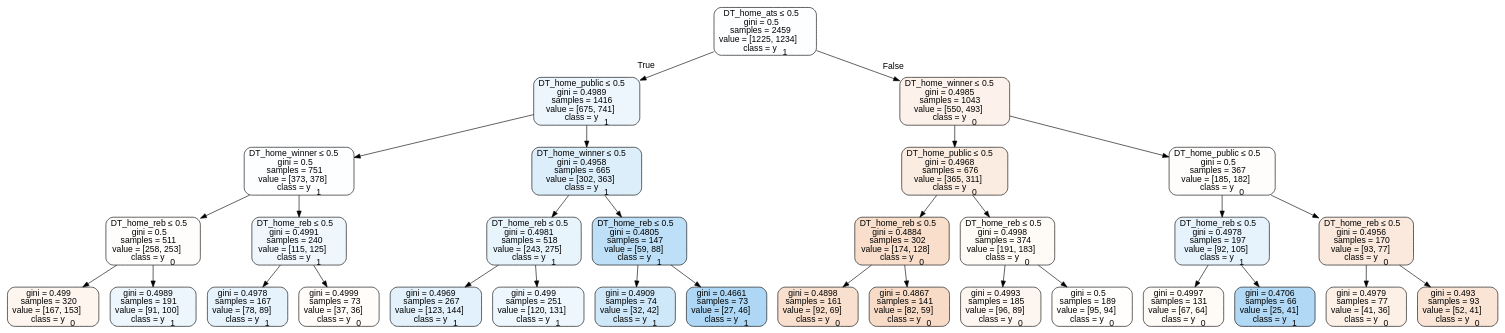
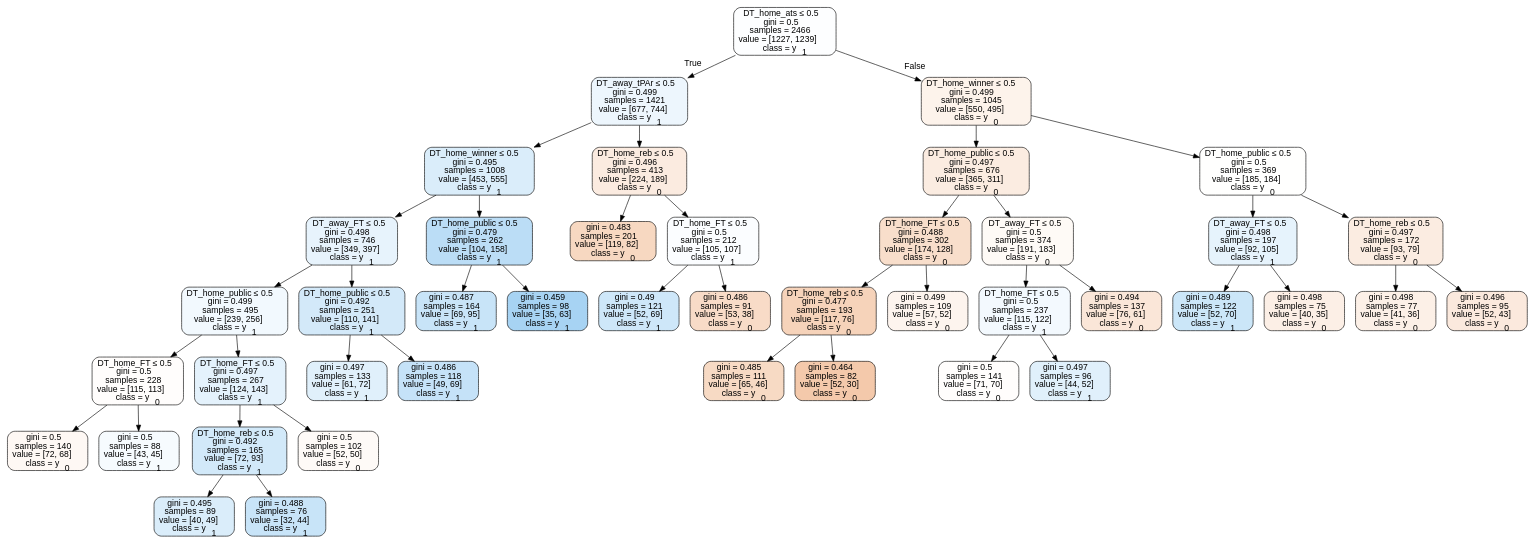
One commit to usbogie/ncaa-bets changed the diagram in Basketball/data/trees/tree2017neutral.dot. Above: the diagram before and after it, drawn with Graphviz. The commit also changed 35 other files, not shown here.

```diff
--- a/Basketball/data/trees/tree2017neutral.dot
+++ b/Basketball/data/trees/tree2017neutral.dot
@@ -1,65 +1,89 @@
 digraph Tree {
 node [shape=box, style="filled, rounded", color="black", fontname=helvetica] ;
 edge [fontname=helvetica] ;
-0 [label=<DT_home_ats &le; 0.5<br/>gini = 0.5<br/>samples = 2459<br/>value = [1225, 1234]<br/>class = y<SUB>1</SUB>>, fillcolor="#399de502"] ;
-1 [label=<DT_home_public &le; 0.5<br/>gini = 0.4989<br/>samples = 1416<br/>value = [675, 741]<br/>class = y<SUB>1</SUB>>, fillcolor="#399de517"] ;
+0 [label=<DT_home_ats &le; 0.5<br/>gini = 0.5<br/>samples = 2466<br/>value = [1227, 1239]<br/>class = y<SUB>1</SUB>>, fillcolor="#399de502"] ;
+1 [label=<DT_away_tPAr &le; 0.5<br/>gini = 0.499<br/>samples = 1421<br/>value = [677, 744]<br/>class = y<SUB>1</SUB>>, fillcolor="#399de517"] ;
 0 -> 1 [labeldistance=2.5, labelangle=45, headlabel="True"] ;
-2 [label=<DT_home_winner &le; 0.5<br/>gini = 0.5<br/>samples = 751<br/>value = [373, 378]<br/>class = y<SUB>1</SUB>>, fillcolor="#399de503"] ;
+2 [label=<DT_home_winner &le; 0.5<br/>gini = 0.495<br/>samples = 1008<br/>value = [453, 555]<br/>class = y<SUB>1</SUB>>, fillcolor="#399de52f"] ;
 1 -> 2 ;
-3 [label=<DT_home_reb &le; 0.5<br/>gini = 0.5<br/>samples = 511<br/>value = [258, 253]<br/>class = y<SUB>0</SUB>>, fillcolor="#e5813905"] ;
+3 [label=<DT_away_FT &le; 0.5<br/>gini = 0.498<br/>samples = 746<br/>value = [349, 397]<br/>class = y<SUB>1</SUB>>, fillcolor="#399de51f"] ;
 2 -> 3 ;
-4 [label=<gini = 0.499<br/>samples = 320<br/>value = [167, 153]<br/>class = y<SUB>0</SUB>>, fillcolor="#e5813915"] ;
+4 [label=<DT_home_public &le; 0.5<br/>gini = 0.499<br/>samples = 495<br/>value = [239, 256]<br/>class = y<SUB>1</SUB>>, fillcolor="#399de511"] ;
 3 -> 4 ;
-5 [label=<gini = 0.4989<br/>samples = 191<br/>value = [91, 100]<br/>class = y<SUB>1</SUB>>, fillcolor="#399de517"] ;
-3 -> 5 ;
-6 [label=<DT_home_reb &le; 0.5<br/>gini = 0.4991<br/>samples = 240<br/>value = [115, 125]<br/>class = y<SUB>1</SUB>>, fillcolor="#399de514"] ;
-2 -> 6 ;
-7 [label=<gini = 0.4978<br/>samples = 167<br/>value = [78, 89]<br/>class = y<SUB>1</SUB>>, fillcolor="#399de520"] ;
-6 -> 7 ;
-8 [label=<gini = 0.4999<br/>samples = 73<br/>value = [37, 36]<br/>class = y<SUB>0</SUB>>, fillcolor="#e5813907"] ;
-6 -> 8 ;
-9 [label=<DT_home_winner &le; 0.5<br/>gini = 0.4958<br/>samples = 665<br/>value = [302, 363]<br/>class = y<SUB>1</SUB>>, fillcolor="#399de52b"] ;
-1 -> 9 ;
-10 [label=<DT_home_reb &le; 0.5<br/>gini = 0.4981<br/>samples = 518<br/>value = [243, 275]<br/>class = y<SUB>1</SUB>>, fillcolor="#399de51e"] ;
+5 [label=<DT_home_FT &le; 0.5<br/>gini = 0.5<br/>samples = 228<br/>value = [115, 113]<br/>class = y<SUB>0</SUB>>, fillcolor="#e5813904"] ;
+4 -> 5 ;
+6 [label=<gini = 0.5<br/>samples = 140<br/>value = [72, 68]<br/>class = y<SUB>0</SUB>>, fillcolor="#e581390e"] ;
+5 -> 6 ;
+7 [label=<gini = 0.5<br/>samples = 88<br/>value = [43, 45]<br/>class = y<SUB>1</SUB>>, fillcolor="#399de50b"] ;
+5 -> 7 ;
+8 [label=<DT_home_FT &le; 0.5<br/>gini = 0.497<br/>samples = 267<br/>value = [124, 143]<br/>class = y<SUB>1</SUB>>, fillcolor="#399de522"] ;
+4 -> 8 ;
+9 [label=<DT_home_reb &le; 0.5<br/>gini = 0.492<br/>samples = 165<br/>value = [72, 93]<br/>class = y<SUB>1</SUB>>, fillcolor="#399de53a"] ;
+8 -> 9 ;
+10 [label=<gini = 0.495<br/>samples = 89<br/>value = [40, 49]<br/>class = y<SUB>1</SUB>>, fillcolor="#399de52f"] ;
 9 -> 10 ;
-11 [label=<gini = 0.4969<br/>samples = 267<br/>value = [123, 144]<br/>class = y<SUB>1</SUB>>, fillcolor="#399de525"] ;
-10 -> 11 ;
-12 [label=<gini = 0.499<br/>samples = 251<br/>value = [120, 131]<br/>class = y<SUB>1</SUB>>, fillcolor="#399de515"] ;
-10 -> 12 ;
-13 [label=<DT_home_reb &le; 0.5<br/>gini = 0.4805<br/>samples = 147<br/>value = [59, 88]<br/>class = y<SUB>1</SUB>>, fillcolor="#399de554"] ;
-9 -> 13 ;
-14 [label=<gini = 0.4909<br/>samples = 74<br/>value = [32, 42]<br/>class = y<SUB>1</SUB>>, fillcolor="#399de53d"] ;
+11 [label=<gini = 0.488<br/>samples = 76<br/>value = [32, 44]<br/>class = y<SUB>1</SUB>>, fillcolor="#399de546"] ;
+9 -> 11 ;
+12 [label=<gini = 0.5<br/>samples = 102<br/>value = [52, 50]<br/>class = y<SUB>0</SUB>>, fillcolor="#e581390a"] ;
+8 -> 12 ;
+13 [label=<DT_home_public &le; 0.5<br/>gini = 0.492<br/>samples = 251<br/>value = [110, 141]<br/>class = y<SUB>1</SUB>>, fillcolor="#399de538"] ;
+3 -> 13 ;
+14 [label=<gini = 0.497<br/>samples = 133<br/>value = [61, 72]<br/>class = y<SUB>1</SUB>>, fillcolor="#399de527"] ;
 13 -> 14 ;
-15 [label=<gini = 0.4661<br/>samples = 73<br/>value = [27, 46]<br/>class = y<SUB>1</SUB>>, fillcolor="#399de569"] ;
+15 [label=<gini = 0.486<br/>samples = 118<br/>value = [49, 69]<br/>class = y<SUB>1</SUB>>, fillcolor="#399de54a"] ;
 13 -> 15 ;
-16 [label=<DT_home_winner &le; 0.5<br/>gini = 0.4985<br/>samples = 1043<br/>value = [550, 493]<br/>class = y<SUB>0</SUB>>, fillcolor="#e581391a"] ;
-0 -> 16 [labeldistance=2.5, labelangle=-45, headlabel="False"] ;
-17 [label=<DT_home_public &le; 0.5<br/>gini = 0.4968<br/>samples = 676<br/>value = [365, 311]<br/>class = y<SUB>0</SUB>>, fillcolor="#e5813926"] ;
+16 [label=<DT_home_public &le; 0.5<br/>gini = 0.479<br/>samples = 262<br/>value = [104, 158]<br/>class = y<SUB>1</SUB>>, fillcolor="#399de557"] ;
+2 -> 16 ;
+17 [label=<gini = 0.487<br/>samples = 164<br/>value = [69, 95]<br/>class = y<SUB>1</SUB>>, fillcolor="#399de546"] ;
 16 -> 17 ;
-18 [label=<DT_home_reb &le; 0.5<br/>gini = 0.4884<br/>samples = 302<br/>value = [174, 128]<br/>class = y<SUB>0</SUB>>, fillcolor="#e5813943"] ;
-17 -> 18 ;
-19 [label=<gini = 0.4898<br/>samples = 161<br/>value = [92, 69]<br/>class = y<SUB>0</SUB>>, fillcolor="#e5813940"] ;
-18 -> 19 ;
-20 [label=<gini = 0.4867<br/>samples = 141<br/>value = [82, 59]<br/>class = y<SUB>0</SUB>>, fillcolor="#e5813948"] ;
-18 -> 20 ;
-21 [label=<DT_home_reb &le; 0.5<br/>gini = 0.4998<br/>samples = 374<br/>value = [191, 183]<br/>class = y<SUB>0</SUB>>, fillcolor="#e581390b"] ;
-17 -> 21 ;
-22 [label=<gini = 0.4993<br/>samples = 185<br/>value = [96, 89]<br/>class = y<SUB>0</SUB>>, fillcolor="#e5813913"] ;
+18 [label=<gini = 0.459<br/>samples = 98<br/>value = [35, 63]<br/>class = y<SUB>1</SUB>>, fillcolor="#399de571"] ;
+16 -> 18 ;
+19 [label=<DT_home_reb &le; 0.5<br/>gini = 0.496<br/>samples = 413<br/>value = [224, 189]<br/>class = y<SUB>0</SUB>>, fillcolor="#e5813928"] ;
+1 -> 19 ;
+20 [label=<gini = 0.483<br/>samples = 201<br/>value = [119, 82]<br/>class = y<SUB>0</SUB>>, fillcolor="#e581394f"] ;
+19 -> 20 ;
+21 [label=<DT_home_FT &le; 0.5<br/>gini = 0.5<br/>samples = 212<br/>value = [105, 107]<br/>class = y<SUB>1</SUB>>, fillcolor="#399de505"] ;
+19 -> 21 ;
+22 [label=<gini = 0.49<br/>samples = 121<br/>value = [52, 69]<br/>class = y<SUB>1</SUB>>, fillcolor="#399de53f"] ;
 21 -> 22 ;
-23 [label=<gini = 0.5<br/>samples = 189<br/>value = [95, 94]<br/>class = y<SUB>0</SUB>>, fillcolor="#e5813903"] ;
+23 [label=<gini = 0.486<br/>samples = 91<br/>value = [53, 38]<br/>class = y<SUB>0</SUB>>, fillcolor="#e5813948"] ;
 21 -> 23 ;
-24 [label=<DT_home_public &le; 0.5<br/>gini = 0.5<br/>samples = 367<br/>value = [185, 182]<br/>class = y<SUB>0</SUB>>, fillcolor="#e5813904"] ;
-16 -> 24 ;
-25 [label=<DT_home_reb &le; 0.5<br/>gini = 0.4978<br/>samples = 197<br/>value = [92, 105]<br/>class = y<SUB>1</SUB>>, fillcolor="#399de520"] ;
+24 [label=<DT_home_winner &le; 0.5<br/>gini = 0.499<br/>samples = 1045<br/>value = [550, 495]<br/>class = y<SUB>0</SUB>>, fillcolor="#e5813919"] ;
+0 -> 24 [labeldistance=2.5, labelangle=-45, headlabel="False"] ;
+25 [label=<DT_home_public &le; 0.5<br/>gini = 0.497<br/>samples = 676<br/>value = [365, 311]<br/>class = y<SUB>0</SUB>>, fillcolor="#e5813926"] ;
 24 -> 25 ;
-26 [label=<gini = 0.4997<br/>samples = 131<br/>value = [67, 64]<br/>class = y<SUB>0</SUB>>, fillcolor="#e581390b"] ;
+26 [label=<DT_home_FT &le; 0.5<br/>gini = 0.488<br/>samples = 302<br/>value = [174, 128]<br/>class = y<SUB>0</SUB>>, fillcolor="#e5813943"] ;
 25 -> 26 ;
-27 [label=<gini = 0.4706<br/>samples = 66<br/>value = [25, 41]<br/>class = y<SUB>1</SUB>>, fillcolor="#399de564"] ;
-25 -> 27 ;
-28 [label=<DT_home_reb &le; 0.5<br/>gini = 0.4956<br/>samples = 170<br/>value = [93, 77]<br/>class = y<SUB>0</SUB>>, fillcolor="#e581392c"] ;
-24 -> 28 ;
-29 [label=<gini = 0.4979<br/>samples = 77<br/>value = [41, 36]<br/>class = y<SUB>0</SUB>>, fillcolor="#e581391f"] ;
-28 -> 29 ;
-30 [label=<gini = 0.493<br/>samples = 93<br/>value = [52, 41]<br/>class = y<SUB>0</SUB>>, fillcolor="#e5813936"] ;
-28 -> 30 ;
+27 [label=<DT_home_reb &le; 0.5<br/>gini = 0.477<br/>samples = 193<br/>value = [117, 76]<br/>class = y<SUB>0</SUB>>, fillcolor="#e5813959"] ;
+26 -> 27 ;
+28 [label=<gini = 0.485<br/>samples = 111<br/>value = [65, 46]<br/>class = y<SUB>0</SUB>>, fillcolor="#e581394b"] ;
+27 -> 28 ;
+29 [label=<gini = 0.464<br/>samples = 82<br/>value = [52, 30]<br/>class = y<SUB>0</SUB>>, fillcolor="#e581396c"] ;
+27 -> 29 ;
+30 [label=<gini = 0.499<br/>samples = 109<br/>value = [57, 52]<br/>class = y<SUB>0</SUB>>, fillcolor="#e5813916"] ;
+26 -> 30 ;
+31 [label=<DT_away_FT &le; 0.5<br/>gini = 0.5<br/>samples = 374<br/>value = [191, 183]<br/>class = y<SUB>0</SUB>>, fillcolor="#e581390b"] ;
+25 -> 31 ;
+32 [label=<DT_home_FT &le; 0.5<br/>gini = 0.5<br/>samples = 237<br/>value = [115, 122]<br/>class = y<SUB>1</SUB>>, fillcolor="#399de50f"] ;
+31 -> 32 ;
+33 [label=<gini = 0.5<br/>samples = 141<br/>value = [71, 70]<br/>class = y<SUB>0</SUB>>, fillcolor="#e5813904"] ;
+32 -> 33 ;
+34 [label=<gini = 0.497<br/>samples = 96<br/>value = [44, 52]<br/>class = y<SUB>1</SUB>>, fillcolor="#399de527"] ;
+32 -> 34 ;
+35 [label=<gini = 0.494<br/>samples = 137<br/>value = [76, 61]<br/>class = y<SUB>0</SUB>>, fillcolor="#e5813932"] ;
+31 -> 35 ;
+36 [label=<DT_home_public &le; 0.5<br/>gini = 0.5<br/>samples = 369<br/>value = [185, 184]<br/>class = y<SUB>0</SUB>>, fillcolor="#e5813901"] ;
+24 -> 36 ;
+37 [label=<DT_away_FT &le; 0.5<br/>gini = 0.498<br/>samples = 197<br/>value = [92, 105]<br/>class = y<SUB>1</SUB>>, fillcolor="#399de520"] ;
+36 -> 37 ;
+38 [label=<gini = 0.489<br/>samples = 122<br/>value = [52, 70]<br/>class = y<SUB>1</SUB>>, fillcolor="#399de542"] ;
+37 -> 38 ;
+39 [label=<gini = 0.498<br/>samples = 75<br/>value = [40, 35]<br/>class = y<SUB>0</SUB>>, fillcolor="#e5813920"] ;
+37 -> 39 ;
+40 [label=<DT_home_reb &le; 0.5<br/>gini = 0.497<br/>samples = 172<br/>value = [93, 79]<br/>class = y<SUB>0</SUB>>, fillcolor="#e5813926"] ;
+36 -> 40 ;
+41 [label=<gini = 0.498<br/>samples = 77<br/>value = [41, 36]<br/>class = y<SUB>0</SUB>>, fillcolor="#e581391f"] ;
+40 -> 41 ;
+42 [label=<gini = 0.496<br/>samples = 95<br/>value = [52, 43]<br/>class = y<SUB>0</SUB>>, fillcolor="#e581392c"] ;
+40 -> 42 ;
 }
```
